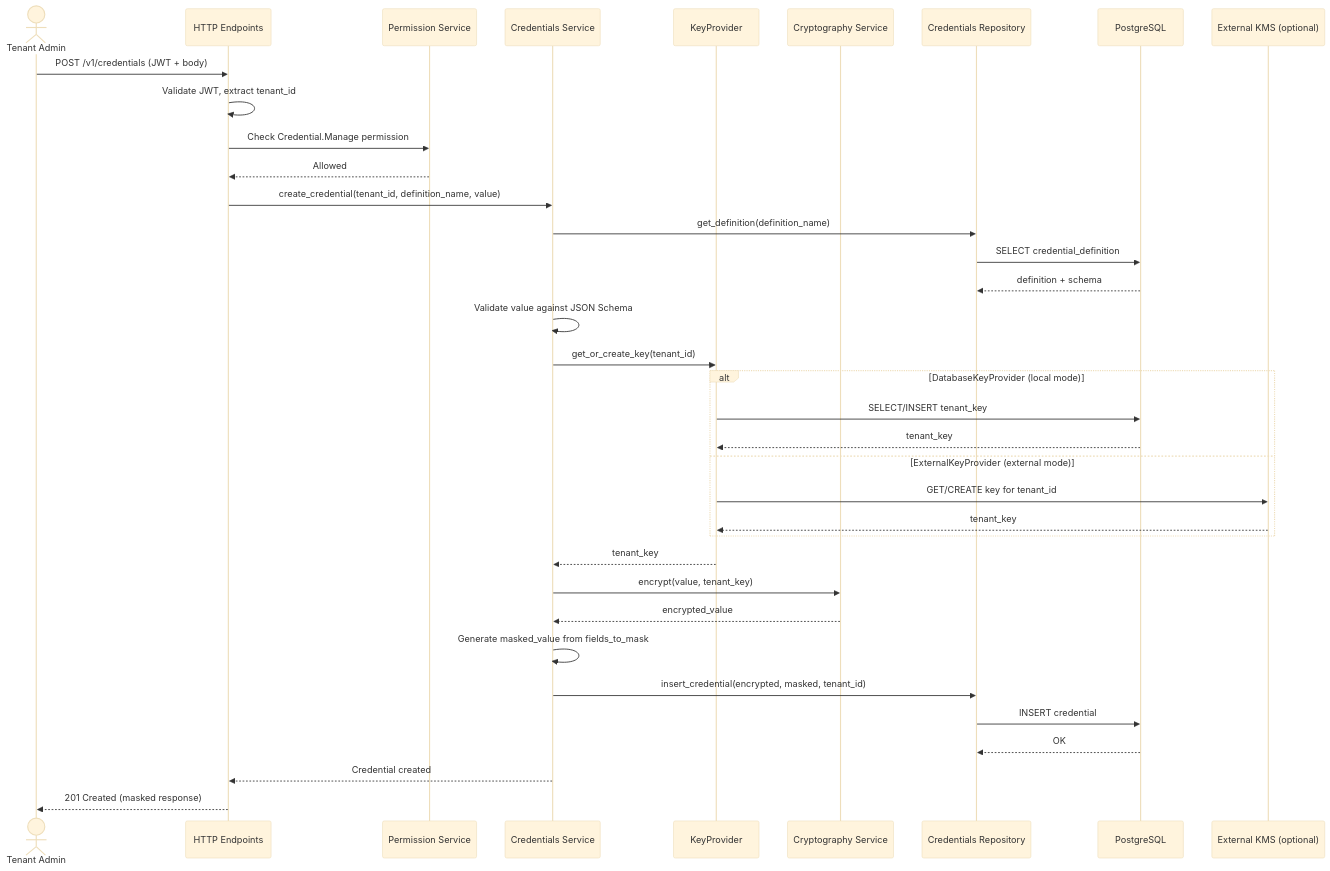
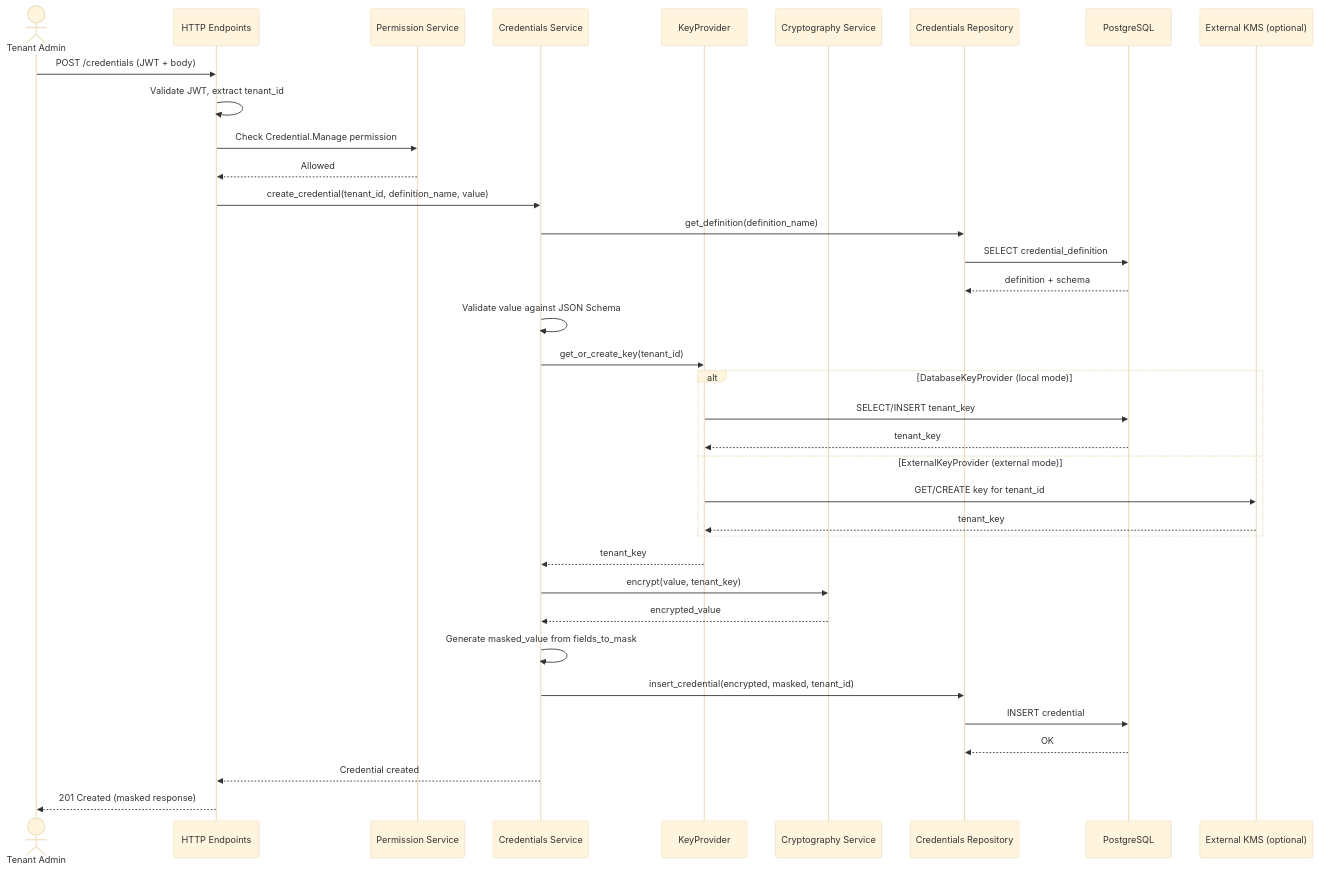
The second of 4 diagrams in modules/credstore/plugins/credentials-storage/DESIGN.md (nullhypothesic/cyberfabric-core), drawn with Mermaid (base theme) before and after one commit. The commit also changed other lines of this file, not shown here.

Commit message:
docs: fix api paths

````diff
--- a/modules/credstore/plugins/credentials-storage/DESIGN.md
+++ b/modules/credstore/plugins/credentials-storage/DESIGN.md
@@ -477,39 +477,39 @@
 ```mermaid
 sequenceDiagram
     actor Admin as Tenant Admin
     participant API as HTTP Endpoints
     participant Perm as Permission Service
     participant Svc as Credentials Service
     participant KP as KeyProvider
     participant Crypto as Cryptography Service
     participant Repo as Credentials Repository
     participant DB as PostgreSQL
     participant EXT as External KMS (optional)
 
-    Admin->>API: POST /v1/credentials (JWT + body)
+    Admin->>API: POST /credentials (JWT + body)
     API->>API: Validate JWT, extract tenant_id
     API->>Perm: Check Credential.Manage permission
     Perm-->>API: Allowed
     API->>Svc: create_credential(tenant_id, definition_name, value)
     Svc->>Repo: get_definition(definition_name)
     Repo->>DB: SELECT credential_definition
     DB-->>Repo: definition + schema
     Svc->>Svc: Validate value against JSON Schema
     Svc->>KP: get_or_create_key(tenant_id)
     alt DatabaseKeyProvider (local mode)
         KP->>DB: SELECT/INSERT tenant_key
         DB-->>KP: tenant_key
     else ExternalKeyProvider (external mode)
         KP->>EXT: GET/CREATE key for tenant_id
         EXT-->>KP: tenant_key
     end
     KP-->>Svc: tenant_key
     Svc->>Crypto: encrypt(value, tenant_key)
     Crypto-->>Svc: encrypted_value
     Svc->>Svc: Generate masked_value from fields_to_mask
     Svc->>Repo: insert_credential(encrypted, masked, tenant_id)
     Repo->>DB: INSERT credential
     DB-->>Repo: OK
     Svc-->>API: Credential created
     API-->>Admin: 201 Created (masked response)
 ```
````
